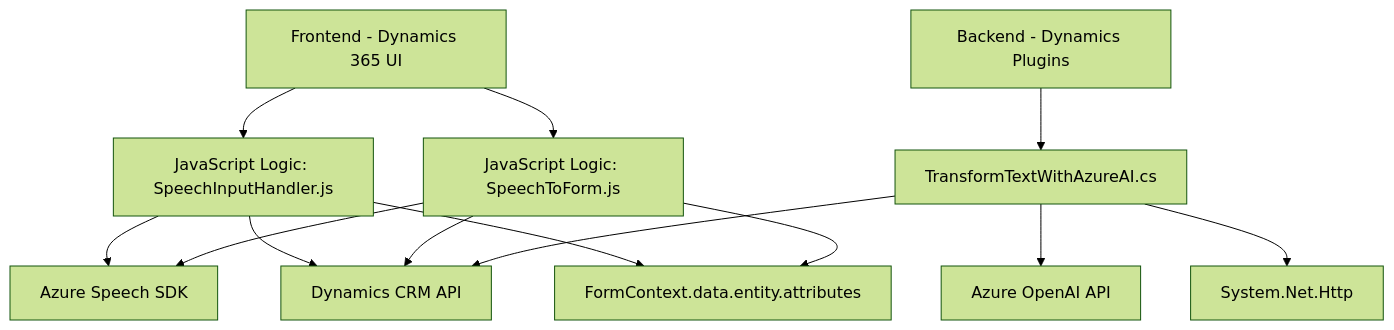
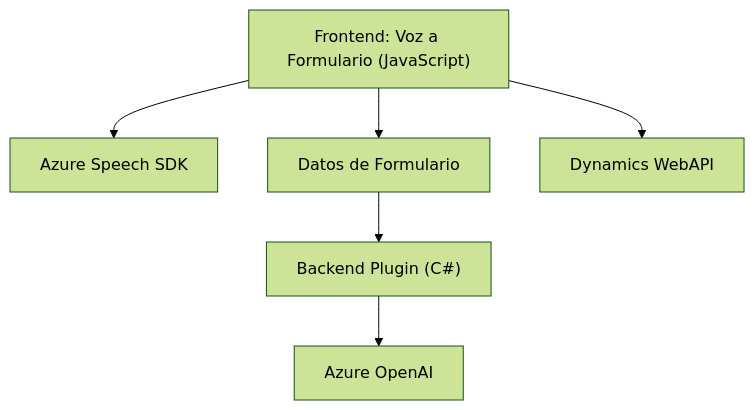
One commit to blopezdm/NETCORE_BILBAO2025 changed the diagram in README.md. Above: the diagram before and after it, drawn with Mermaid (forest theme). The commit also changed other lines of this file, not shown here.

````diff
--- a/README.md
+++ b/README.md
@@ -31,26 +44,15 @@
 ```mermaid
 graph TD
-    A["Frontend - Dynamics 365 UI"]
-    B["JavaScript Logic: SpeechInputHandler.js"]
-    C["JavaScript Logic: SpeechToForm.js"]
-    D["Azure Speech SDK"]
-    E["Backend - Dynamics Plugins"]
-    F["TransformTextWithAzureAI.cs"]
-    G["Azure OpenAI API"]
-    H["Dynamics CRM API"]
-    I["System.Net.Http"]
-    J["FormContext.data.entity.attributes"]
+    A["Frontend: Voz a Formulario (JavaScript)"]
+    B["Azure Speech SDK"]
+    C["Datos de Formulario"]
+    D["Backend Plugin (C#)"]
+    E["Dynamics WebAPI"]
+    F["Azure OpenAI"]
 
-    A --> B
-    B --> D
-    B --> H
-    B --> J
-    A --> C
-    C --> D
-    C --> H
-    C --> J
-    E --> F
-    F --> G
-    F --> I
-    F --> H
+    A-->B
+    A-->E
+    A-->C
+    C-->D
+    D-->F
 ```
````
